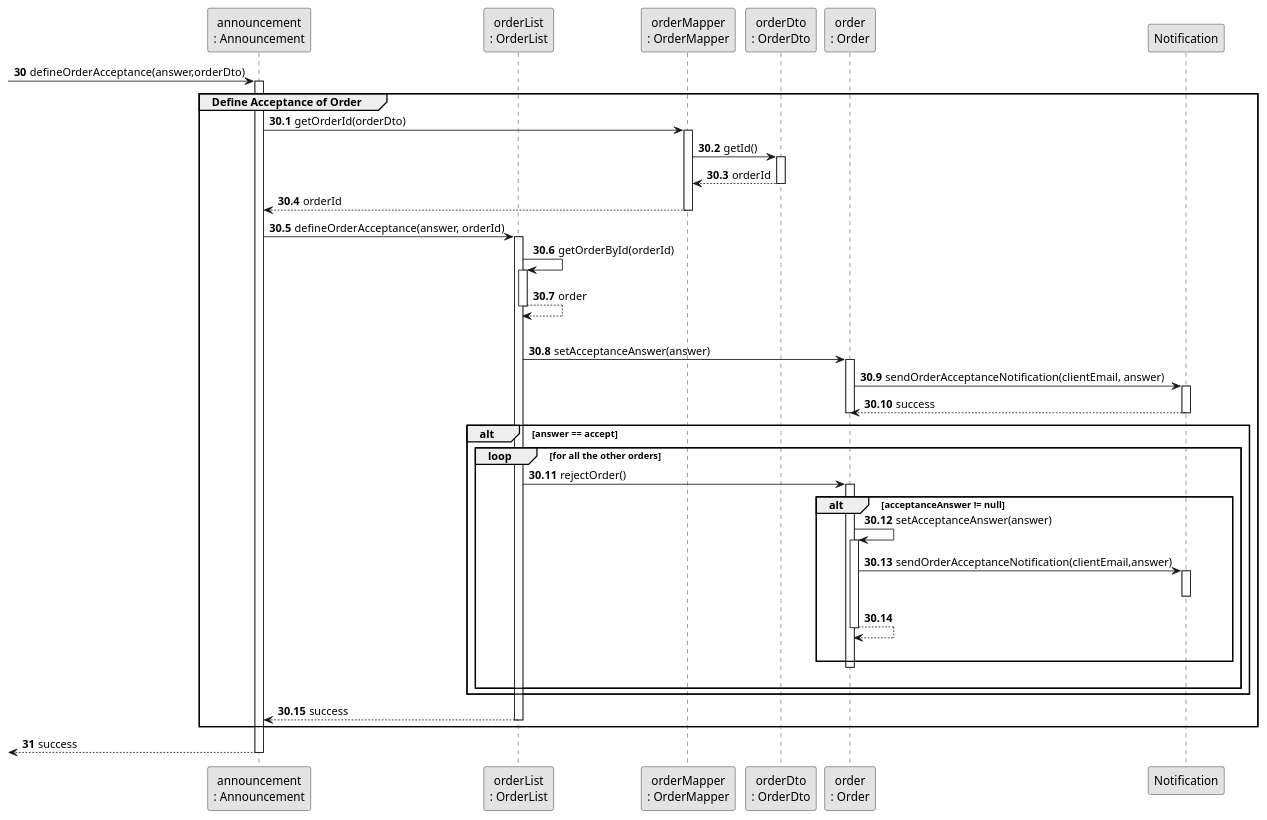
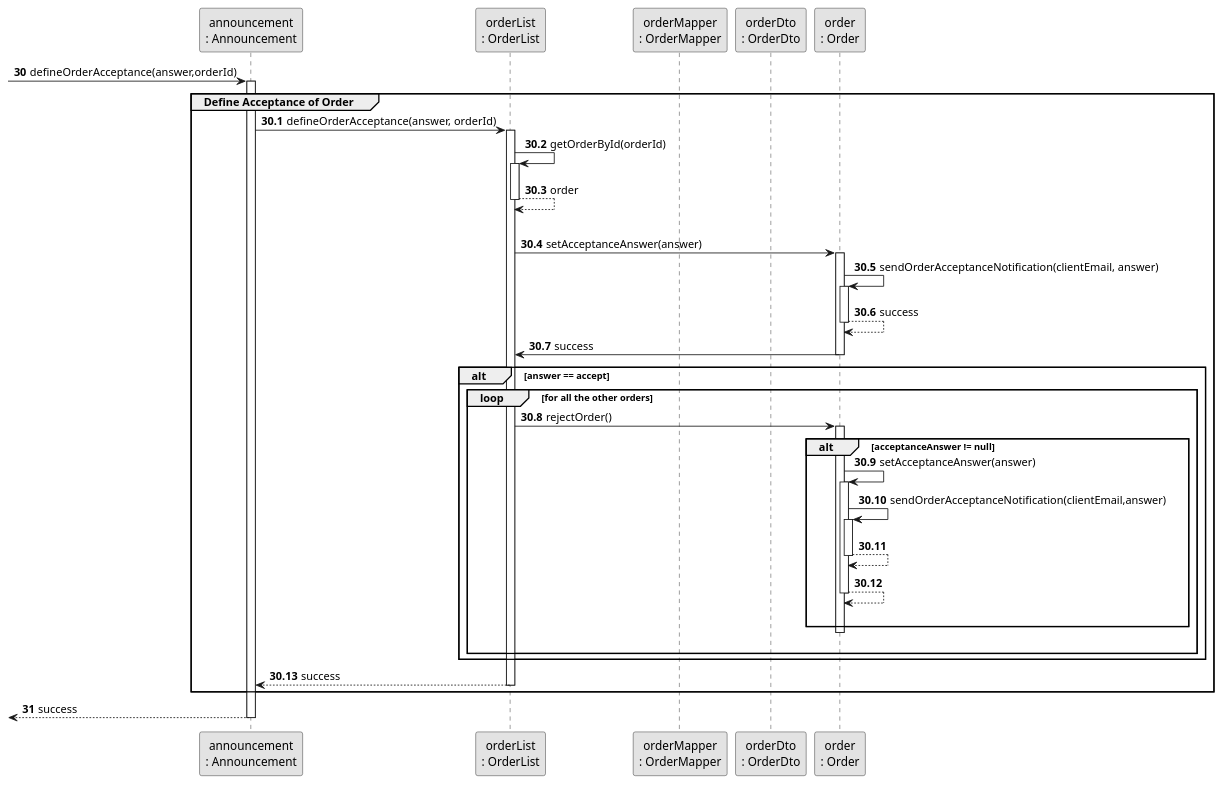
Before and after one commit to rita-barbosa/LAPR2-2223: the diagram in docs/sprintC/us011/03.design/puml/us011-sequence-diagram-partial-define-acceptance.puml, drawn with PlantUML. The commit also changed 10 other files, not shown here.

Commit message:
Update Sequence & Class diagram: final alterations [US011][Design][#01 & #05 Task]

```diff
--- a/docs/sprintC/us011/03.design/puml/us011-sequence-diagram-partial-define-acceptance.puml
+++ b/docs/sprintC/us011/03.design/puml/us011-sequence-diagram-partial-define-acceptance.puml
@@ -1,85 +1,77 @@
 @startuml
 skinparam monochrome true
 skinparam packageStyle rectangle
 skinparam shadowing false
 
 
 participant "announcement\n: Announcement" as Announce
 participant "orderList\n: OrderList" as OrderList
 participant "orderMapper\n: OrderMapper" as OrderMapper
 participant "orderDto\n: OrderDto" as OrderDTO
 participant "order\n: Order" as Order
 
 
 autonumber 30
-    -> Announce : defineOrderAcceptance(answer,orderDto)
+    -> Announce : defineOrderAcceptance(answer,orderId)
     activate Announce
 
 group Define Acceptance of Order
 autonumber 30.1
-    Announce -> OrderMapper: getOrderId(orderDto)
-    activate OrderMapper
-
-    OrderMapper -> OrderDTO : getId()
-    activate OrderDTO
-    OrderDTO --> OrderMapper: orderId
-    deactivate OrderDTO
-
-    OrderMapper --> Announce : orderId
-    deactivate OrderMapper
 
     Announce -> OrderList : defineOrderAcceptance(answer, orderId)
     activate OrderList
 
     OrderList -> OrderList : getOrderById(orderId)
     activate OrderList
 
     OrderList --> OrderList : order
     deactivate OrderList
     |||
     OrderList -> Order : setAcceptanceAnswer(answer)
     activate Order
 
-    Order -> Notification: sendOrderAcceptanceNotification(clientEmail, answer)
-    activate Notification
-    Notification --> Order : success
-    deactivate Notification
+    Order -> Order: sendOrderAcceptanceNotification(clientEmail, answer)
+    activate Order
+    Order --> Order : success
+    deactivate Order
+    Order -> OrderList : success
+    deactivate Order
 
-    deactivate Order
         alt answer == accept
 
             loop for all the other orders
 
             OrderList -> Order : rejectOrder()
             activate Order
 
             alt acceptanceAnswer != null
             Order -> Order : setAcceptanceAnswer(answer)
             activate Order
 
-            Order -> Notification: sendOrderAcceptanceNotification(clientEmail,answer)
-            activate Notification
-            deactivate Notification
+            Order -> Order: sendOrderAcceptanceNotification(clientEmail,answer)
+            activate Order
+            Order --> Order :
+            deactivate Order
 
             Order --> Order:
             deactivate Order
              |||
             end alt
             deactivate Order
             |||
             end loop
 
         end alt
     OrderList --> Announce: success
     deactivate OrderList
 
 end group
 
 autonumber 31
     <-- Announce: success
     deactivate Announce
 
 
 
 
 @enduml
```
